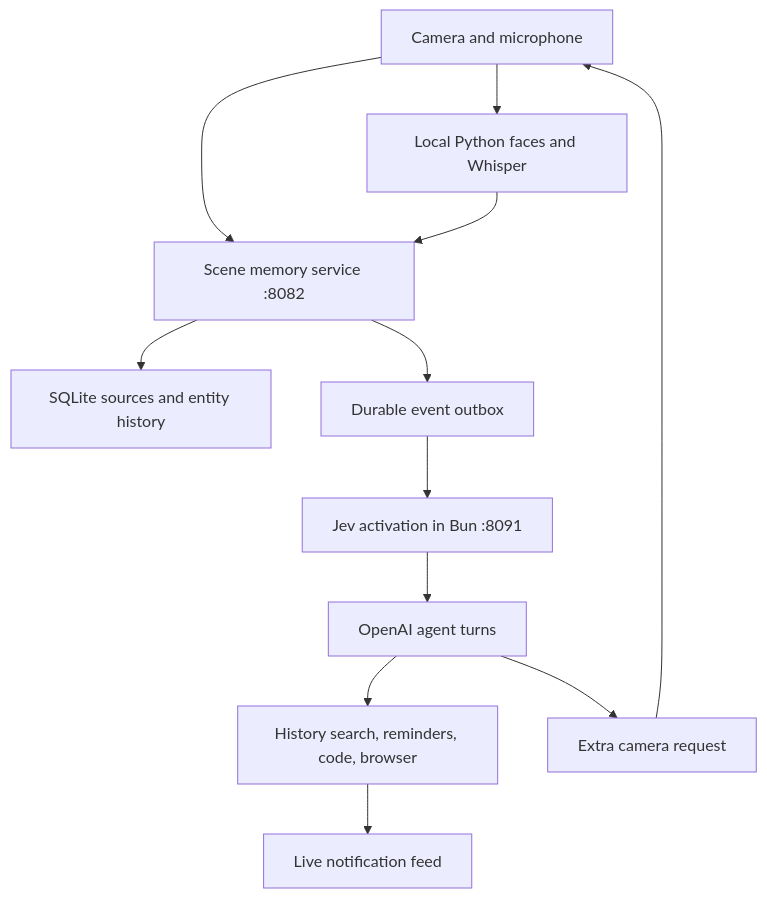
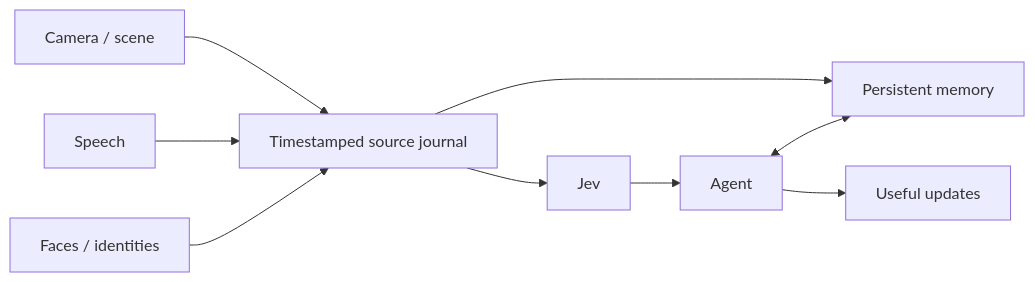
Before and after one commit to itsmarsss/kawk: the diagram in docs/MERGED_DEMO.md, drawn with Mermaid. The commit also changed other lines of this file and 37 other files, not shown here.

Commit message:
Make ambient capture primary and add full memory browser

````diff
--- a/docs/MERGED_DEMO.md
+++ b/docs/MERGED_DEMO.md
@@ -8,14 +8,11 @@
 ```mermaid
-flowchart TD
-  A[Camera and microphone] --> B[Local Python faces and Whisper]
-  A --> C[Scene memory service :8082]
-  B --> C
-  C --> D[SQLite sources and entity history]
-  C --> E[Durable event outbox]
-  E --> F[Jev activation in Bun :8091]
-  F --> G[OpenAI agent turns]
-  G --> H[History search, reminders, code, browser]
-  G --> I[Extra camera request]
-  I --> A
-  H --> J[Live notification feed]
+flowchart LR
+  A[Camera / scene] --> D[Timestamped source journal]
+  B[Speech] --> D
+  C[Faces / identities] --> D
+  D --> E[Jev]
+  D --> F[Persistent memory]
+  E --> G[Agent]
+  G <--> F
+  G --> H[Useful updates]
 ```
````
